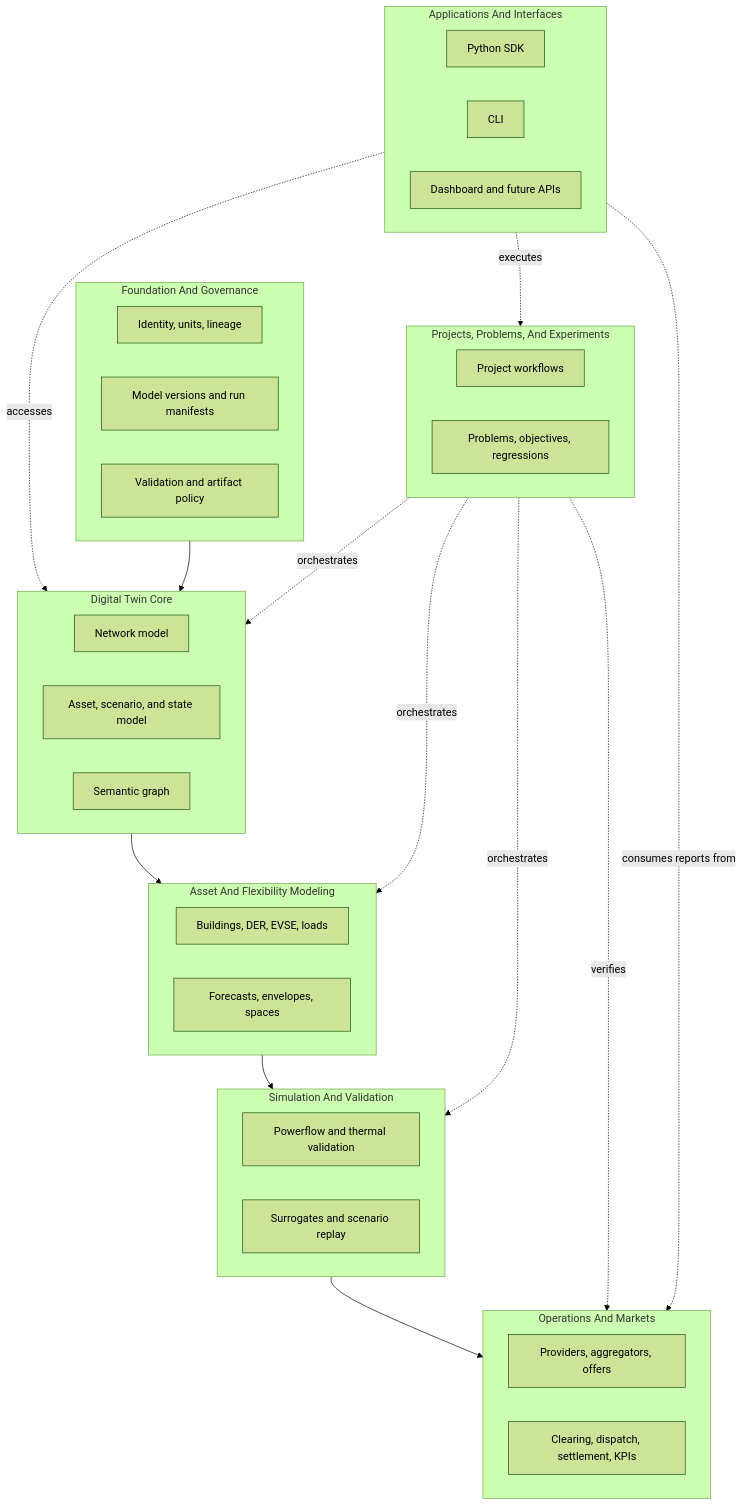
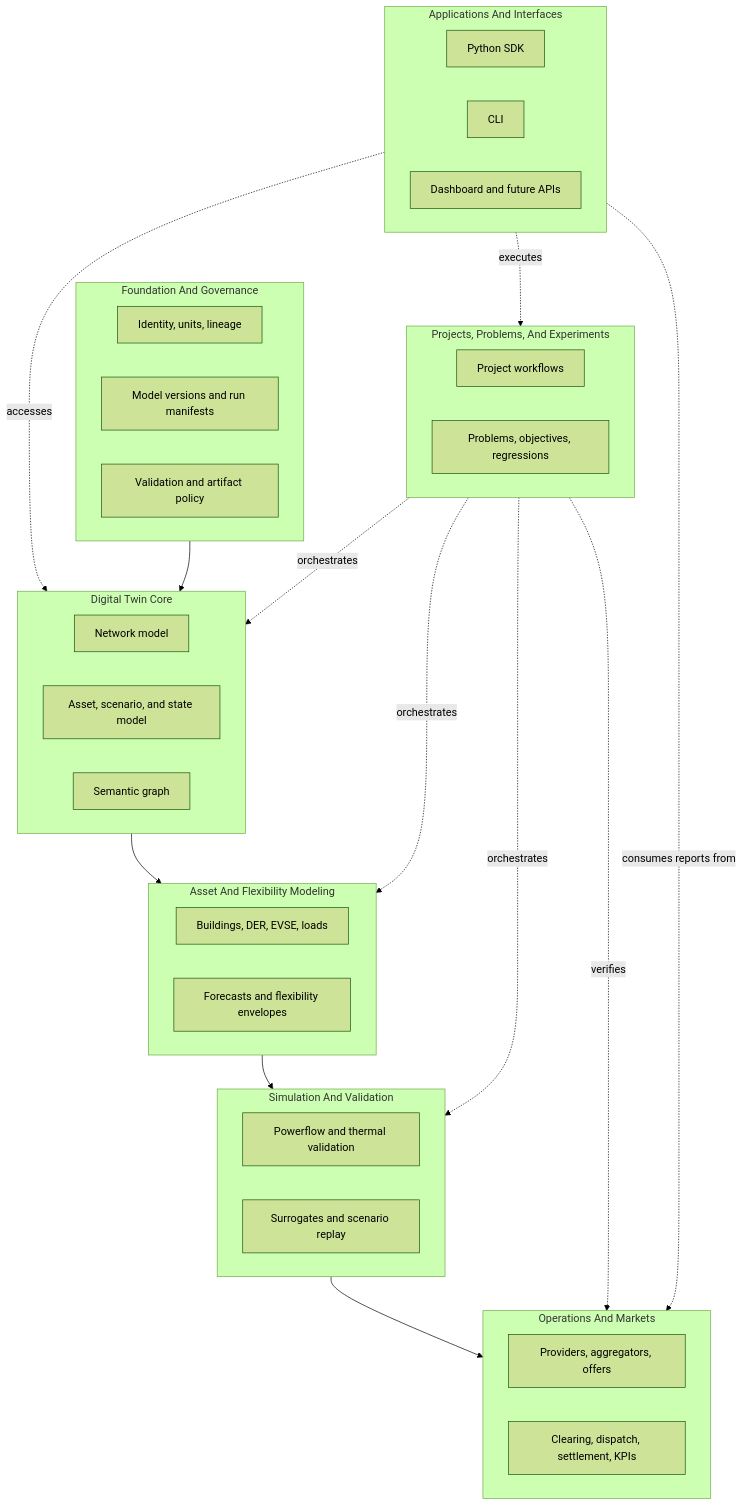
The diagram in docs/platform/platform-layer-model.md (lirei-lab/gridalyn), drawn with Mermaid (forest theme) before and after one commit. The commit also changed other lines of this file and 31 other files, not shown here.

````diff
--- a/docs/platform/platform-layer-model.md
+++ b/docs/platform/platform-layer-model.md
@@ -34,52 +34,52 @@
 ```mermaid
 flowchart TB
   subgraph G[Foundation And Governance]
     g1[Identity, units, lineage]
     g2[Model versions and run manifests]
     g3[Validation and artifact policy]
   end
 
   subgraph F[Digital Twin Core]
     f1[Network model]
     f2[Asset, scenario, and state model]
     f3[Semantic graph]
   end
 
   subgraph E[Asset And Flexibility Modeling]
     e1[Buildings, DER, EVSE, loads]
-    e2[Forecasts, envelopes, spaces]
+    e2[Forecasts and flexibility envelopes]
   end
 
   subgraph D[Simulation And Validation]
     d1[Powerflow and thermal validation]
     d2[Surrogates and scenario replay]
   end
 
   subgraph C[Operations And Markets]
     c1[Providers, aggregators, offers]
     c2[Clearing, dispatch, settlement, KPIs]
   end
 
   subgraph B[Projects, Problems, And Experiments]
     b1[Project workflows]
     b2[Problems, objectives, regressions]
   end
 
   subgraph A[Applications And Interfaces]
     a1[Python SDK]
     a2[CLI]
     a3[Dashboard and future APIs]
   end
 
   G --> F
   F --> E
   E --> D
   D --> C
   B -. orchestrates .-> F
   B -. orchestrates .-> E
   B -. orchestrates .-> D
   B -. verifies .-> C
   A -. accesses .-> F
   A -. executes .-> B
   A -. consumes reports from .-> C
 ```
````
